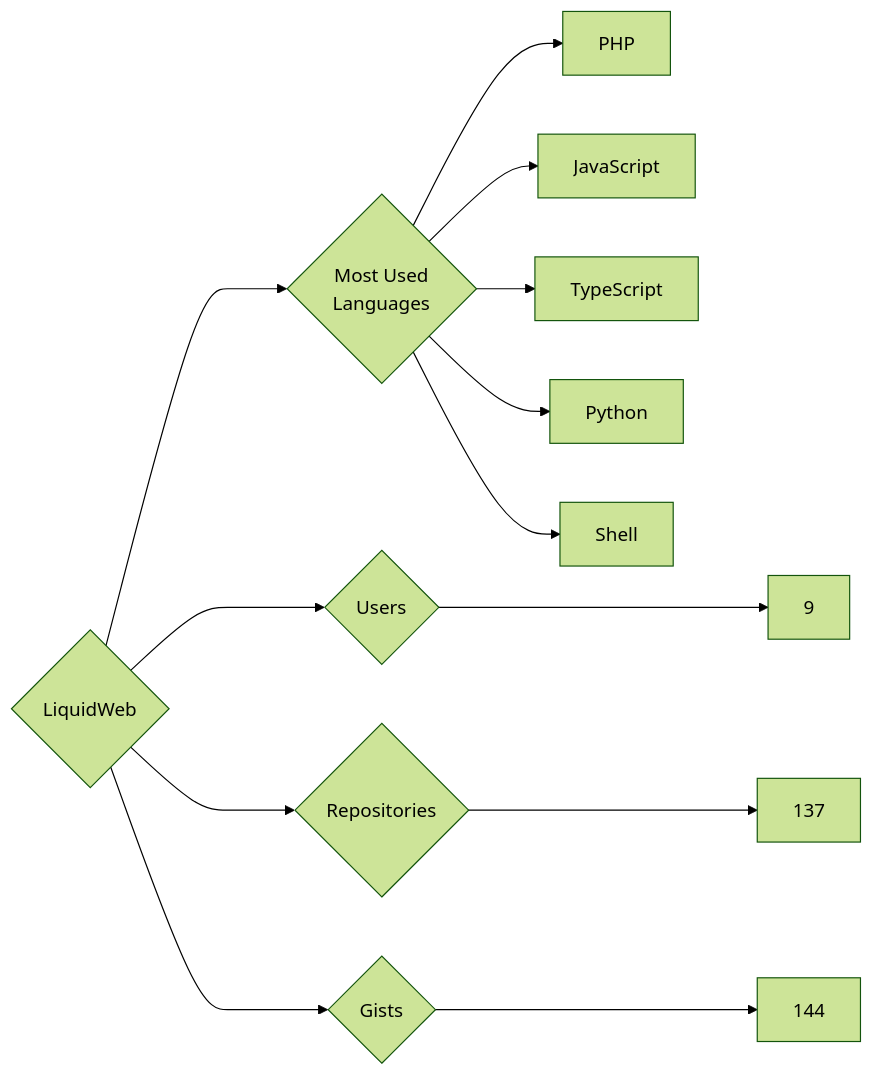
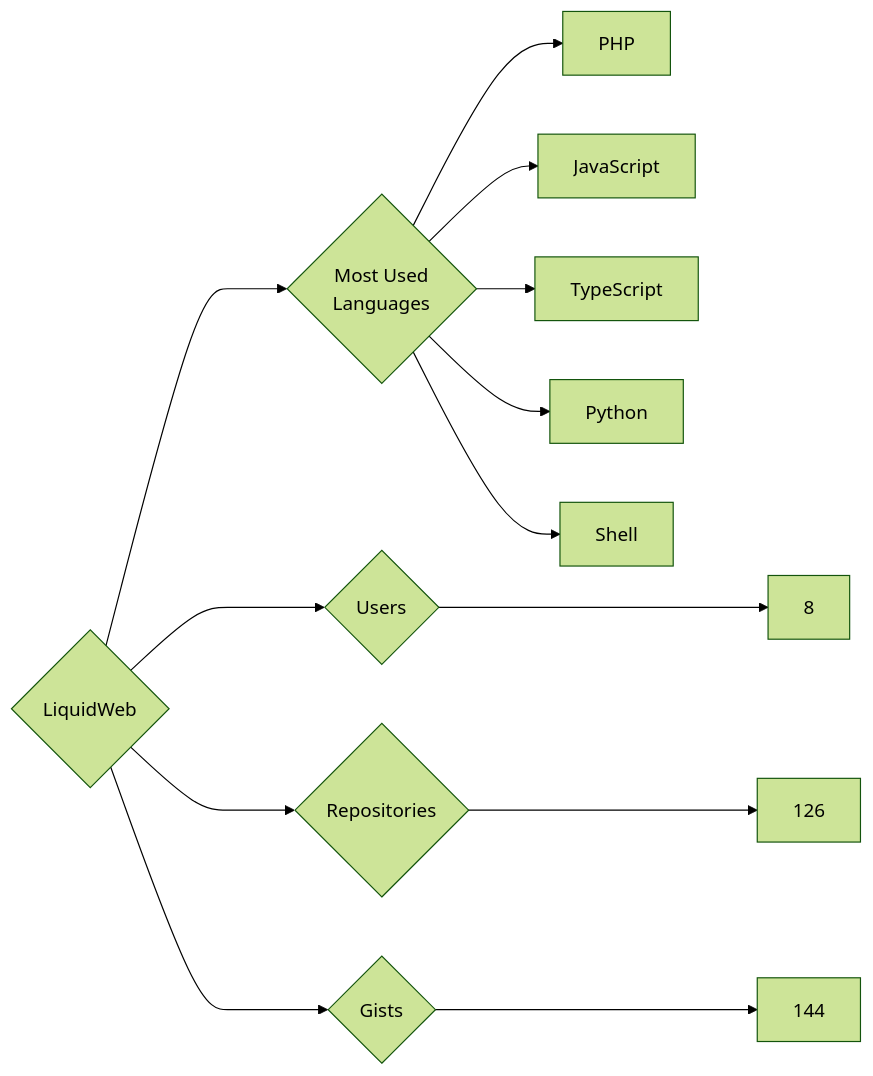
The diagram in targets/LiquidWeb/README.md (trickest/insiders), drawn with Mermaid (forest theme) before and after one commit. The commit also changed 815 other files, not shown here.

````diff
--- a/targets/LiquidWeb/README.md
+++ b/targets/LiquidWeb/README.md
@@ -3,13 +3,13 @@
 ```mermaid
 graph LR
 COMPANY_NAME{LiquidWeb}
-COMPANY_NAME ---> U{Users} ---> UN[9]
-COMPANY_NAME ---> R{Repositories} ---> RN[137]
+COMPANY_NAME ---> U{Users} ---> UN[8]
+COMPANY_NAME ---> R{Repositories} ---> RN[126]
 COMPANY_NAME ---> G{Gists} ---> GN[144]
 COMPANY_NAME ---> ML{Most Used<br>Languages}
 ML --> PHP[PHP]
 ML --> JavaScript[JavaScript]
 ML --> TypeScript[TypeScript]
 ML --> Python[Python]
 ML --> Shell[Shell]
 ```
````
